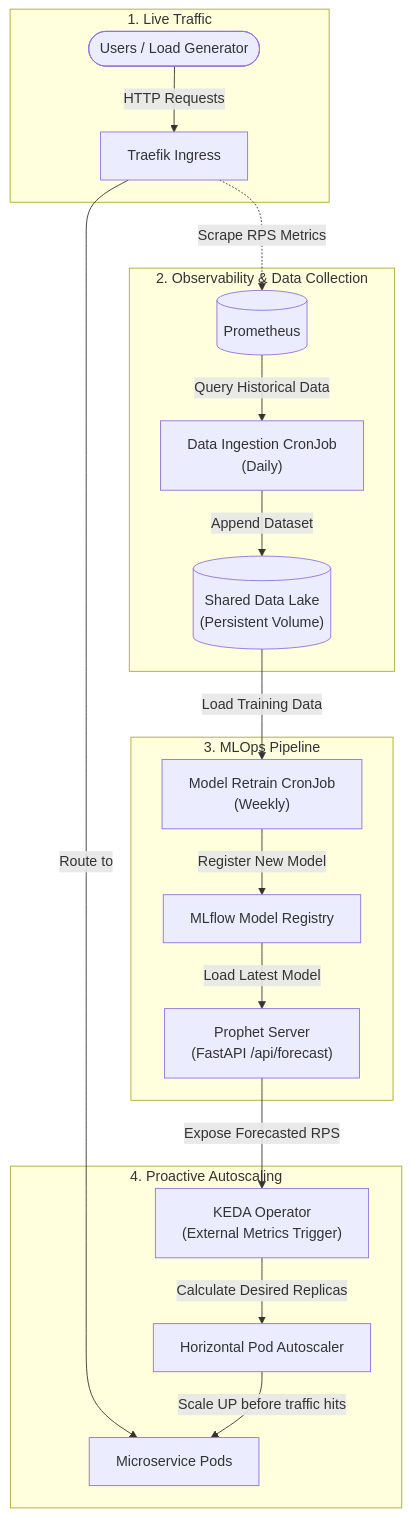
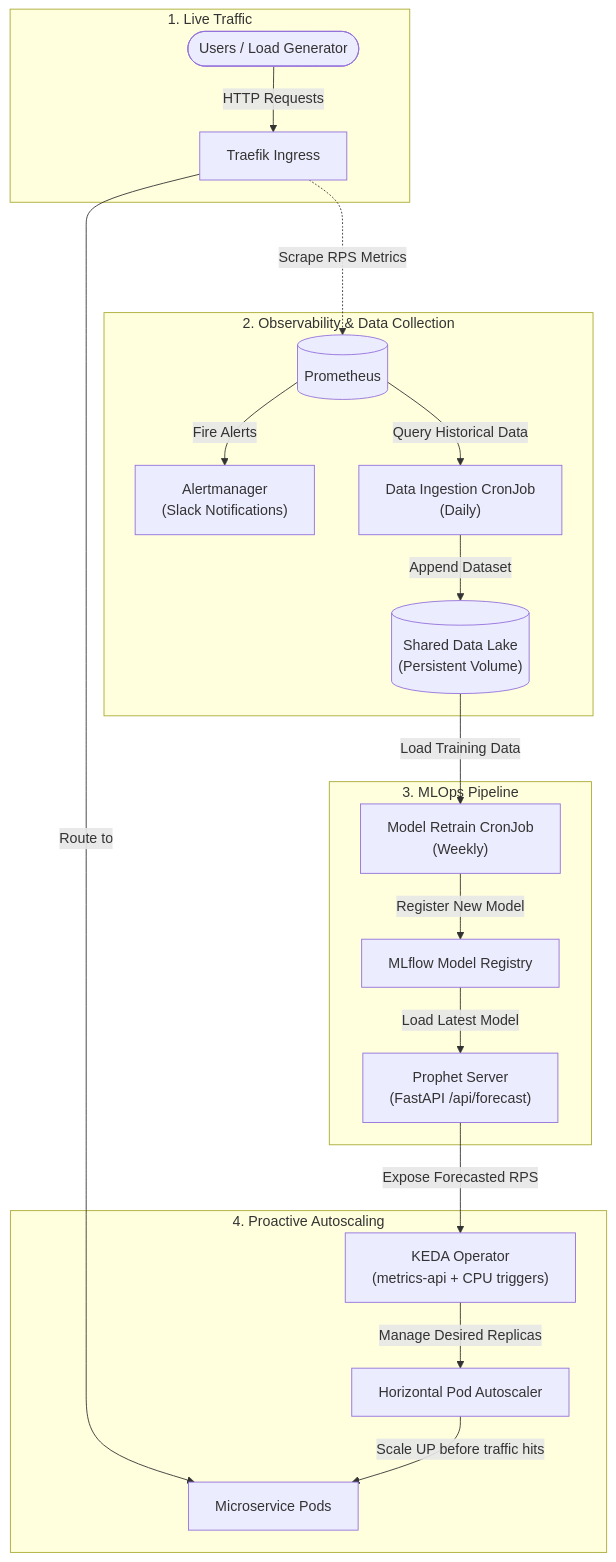
Before and after one commit to hmdat-1706/proactive-scaling-microservices-docs: the first of 3 diagrams in README.md, drawn with Mermaid. The commit also changed other lines of this file and 1 other file, not shown here.

````diff
--- a/README.md
+++ b/README.md
@@ -101,37 +105,39 @@
 ```mermaid
 graph TD
     subgraph TRAFFIC ["1. Live Traffic"]
         User(["Users / Load Generator"])
         Ingress["Traefik Ingress"]
     end
 
     subgraph OBSERVE ["2. Observability & Data Collection"]
         Prometheus[("Prometheus")]
+        Alertmanager["Alertmanager\n(Slack Notifications)"]
         DataIngest["Data Ingestion CronJob\n(Daily)"]
         PV[("Shared Data Lake\n(Persistent Volume)")]
     end
 
     subgraph MLOPS ["3. MLOps Pipeline"]
         Retrain["Model Retrain CronJob\n(Weekly)"]
         MLflow["MLflow Model Registry"]
         Prophet["Prophet Server\n(FastAPI /api/forecast)"]
     end
 
     subgraph SCALE ["4. Proactive Autoscaling"]
-        KEDA["KEDA Operator\n(External Metrics Trigger)"]
+        KEDA["KEDA Operator\n(metrics-api + CPU triggers)"]
         HPA["Horizontal Pod Autoscaler"]
         Pods["Microservice Pods"]
     end
 
     User -->|"HTTP Requests"| Ingress
     Ingress -->|"Route to"| Pods
-    Ingress -.->|"Scrape RPS Metrics"| Prometheus
+    Ingress -..->|"Scrape RPS Metrics"| Prometheus
+    Prometheus -->|"Fire Alerts"| Alertmanager
     Prometheus -->|"Query Historical Data"| DataIngest
     DataIngest -->|"Append Dataset"| PV
     PV -->|"Load Training Data"| Retrain
     Retrain -->|"Register New Model"| MLflow
     MLflow -->|"Load Latest Model"| Prophet
     Prophet -->|"Expose Forecasted RPS"| KEDA
-    KEDA -->|"Calculate Desired Replicas"| HPA
+    KEDA -->|"Manage Desired Replicas"| HPA
     HPA -->|"Scale UP before traffic hits"| Pods
 ```
````
